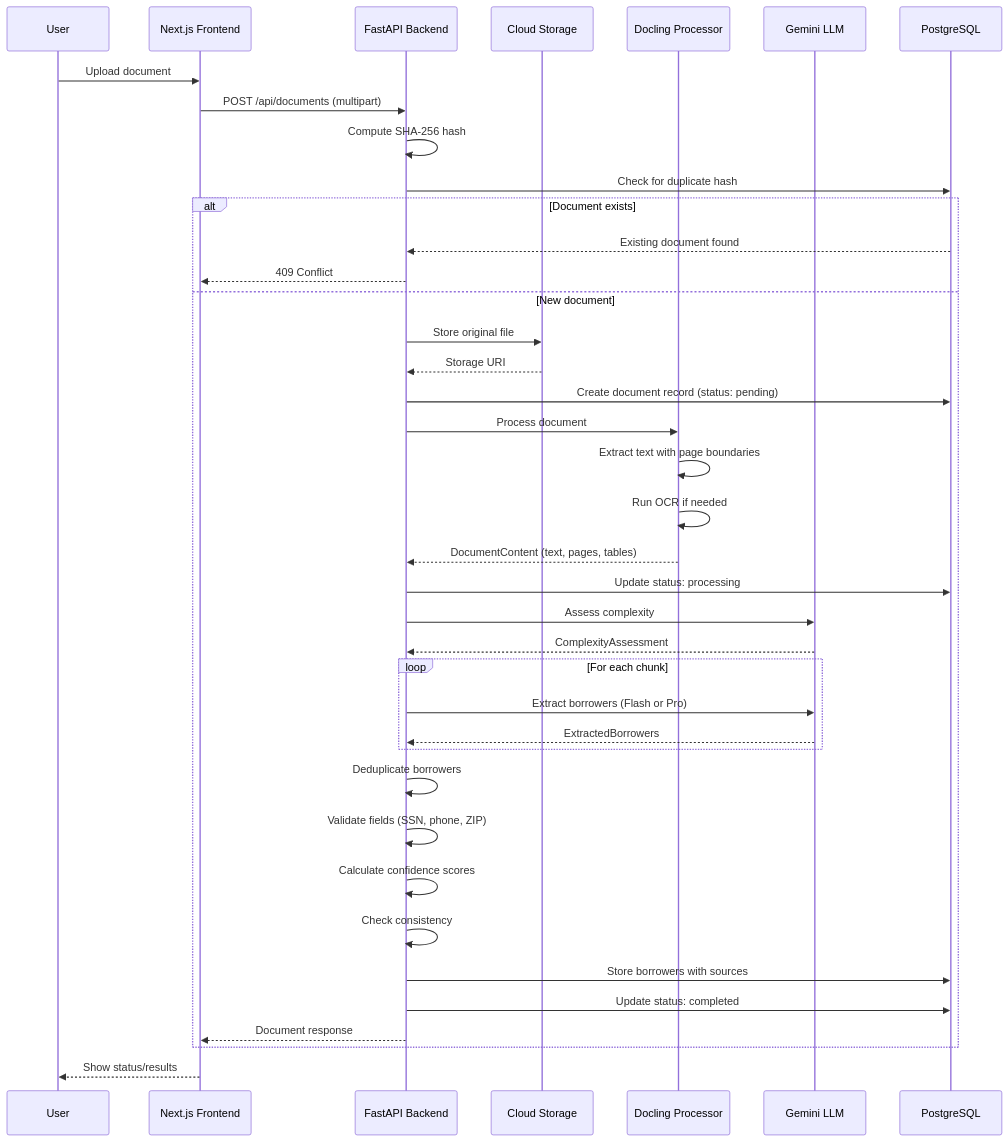
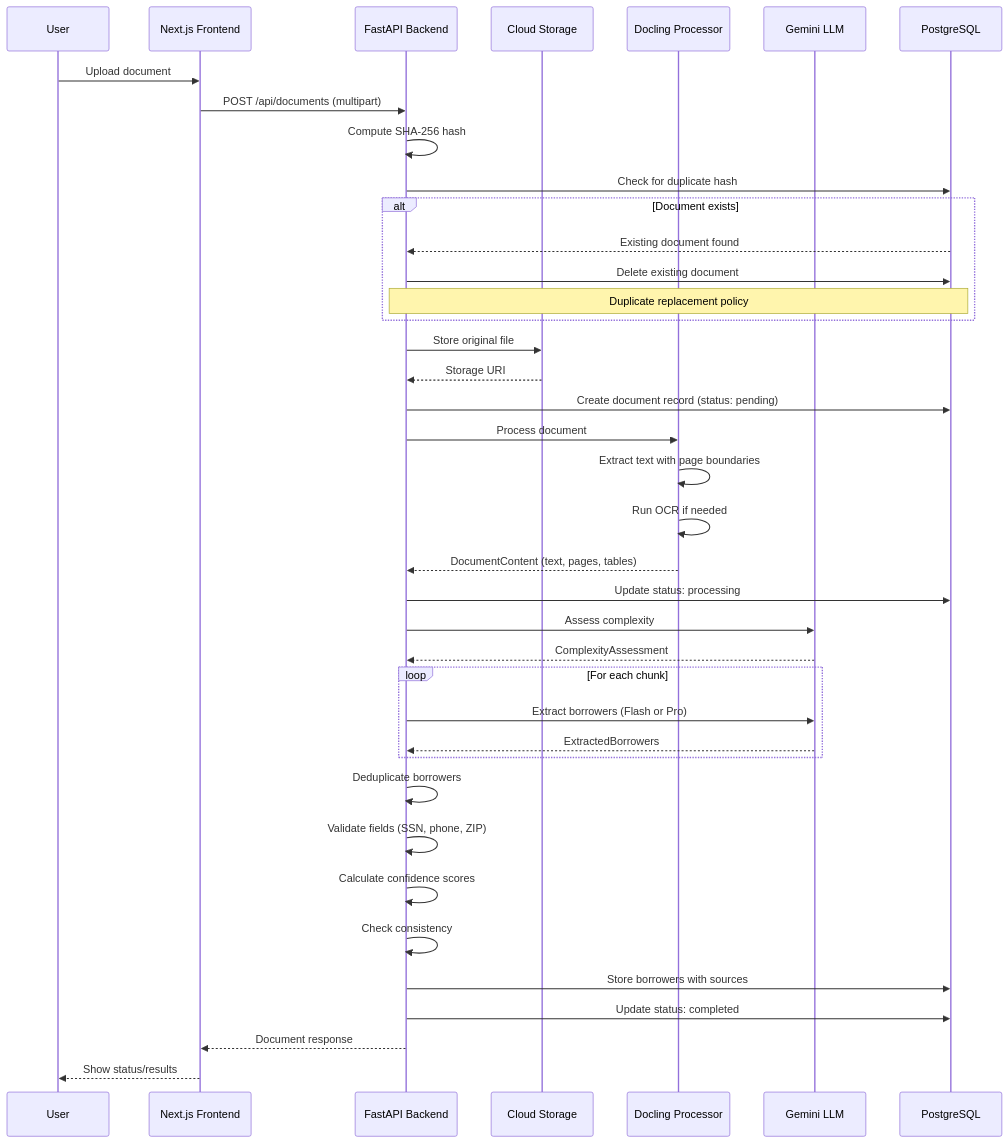
Before and after one commit to gregorydickson/loan: the fourth of 7 diagrams in docs/SYSTEM_DESIGN.md, drawn with Mermaid. The commit also changed other lines of this file, not shown here.

First line of the commit message:
docs: validate and expand SYSTEM_DESIGN.md with codebase verification

````diff
--- a/docs/SYSTEM_DESIGN.md
+++ b/docs/SYSTEM_DESIGN.md
@@ -208,52 +290,53 @@
 ```mermaid
 sequenceDiagram
     participant User
     participant Frontend as Next.js Frontend
     participant API as FastAPI Backend
     participant GCS as Cloud Storage
     participant Docling as Docling Processor
     participant LLM as Gemini LLM
     participant DB as PostgreSQL
 
     User->>Frontend: Upload document
     Frontend->>API: POST /api/documents (multipart)
 
     API->>API: Compute SHA-256 hash
     API->>DB: Check for duplicate hash
 
     alt Document exists
         DB-->>API: Existing document found
-        API-->>Frontend: 409 Conflict
-    else New document
-        API->>GCS: Store original file
-        GCS-->>API: Storage URI
-        API->>DB: Create document record (status: pending)
+        API->>DB: Delete existing document
+        Note over API,DB: Duplicate replacement policy
+    end
 
-        API->>Docling: Process document
-        Docling->>Docling: Extract text with page boundaries
-        Docling->>Docling: Run OCR if needed
-        Docling-->>API: DocumentContent (text, pages, tables)
+    API->>GCS: Store original file
+    GCS-->>API: Storage URI
+    API->>DB: Create document record (status: pending)
 
-        API->>DB: Update status: processing
+    API->>Docling: Process document
+    Docling->>Docling: Extract text with page boundaries
+    Docling->>Docling: Run OCR if needed
+    Docling-->>API: DocumentContent (text, pages, tables)
 
-        API->>LLM: Assess complexity
-        LLM-->>API: ComplexityAssessment
+    API->>DB: Update status: processing
 
-        loop For each chunk
-            API->>LLM: Extract borrowers (Flash or Pro)
-            LLM-->>API: ExtractedBorrowers
-        end
+    API->>LLM: Assess complexity
+    LLM-->>API: ComplexityAssessment
 
-        API->>API: Deduplicate borrowers
-        API->>API: Validate fields (SSN, phone, ZIP)
-        API->>API: Calculate confidence scores
-        API->>API: Check consistency
+    loop For each chunk
+        API->>LLM: Extract borrowers (Flash or Pro)
+        LLM-->>API: ExtractedBorrowers
+    end
 
-        API->>DB: Store borrowers with sources
-        API->>DB: Update status: completed
+    API->>API: Deduplicate borrowers
+    API->>API: Validate fields (SSN, phone, ZIP)
+    API->>API: Calculate confidence scores
+    API->>API: Check consistency
 
-        API-->>Frontend: Document response
-    end
+    API->>DB: Store borrowers with sources
+    API->>DB: Update status: completed
+
+    API-->>Frontend: Document response
 
     Frontend-->>User: Show status/results
 ```
````
